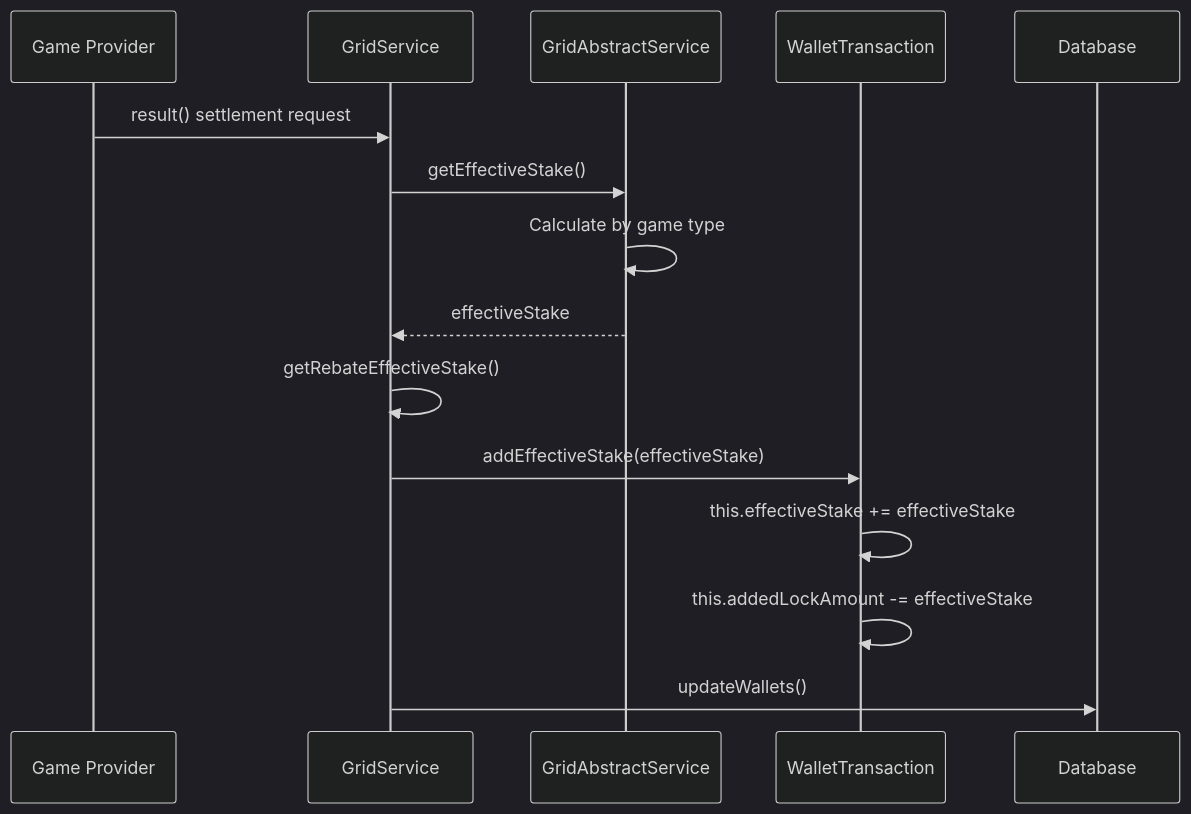
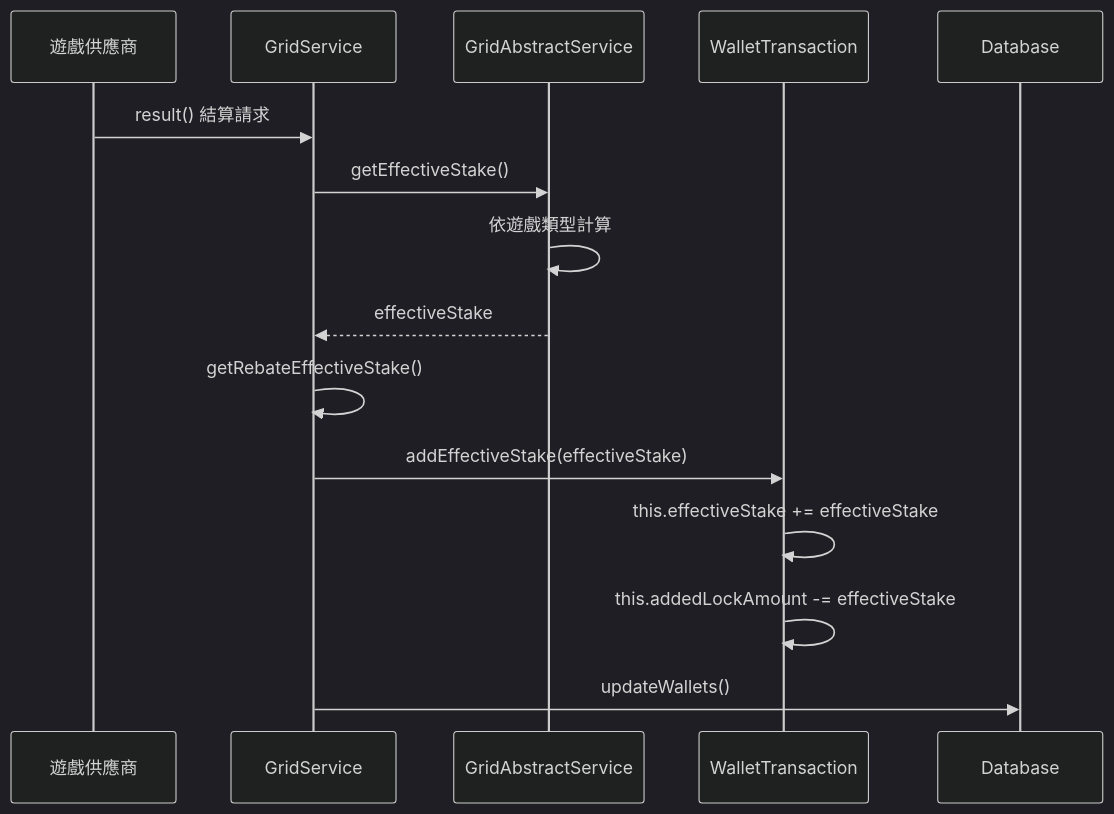
The second of 6 diagrams in docs/iGaming/architecture/02_Finance_Service/Turnover_Calculation_Logic_Detail.md (ron03wlb/smart-admin), drawn with Mermaid (dark theme) before and after one commit. The commit also changed other lines of this file and 4 other files, not shown here.

````diff
--- a/docs/iGaming/architecture/02_Finance_Service/Turnover_Calculation_Logic_Detail.md
+++ b/docs/iGaming/architecture/02_Finance_Service/Turnover_Calculation_Logic_Detail.md
@@ -86,18 +86,18 @@
 ```mermaid
 sequenceDiagram
-    participant GP as Game Provider
+    participant GP as 遊戲供應商
     participant GS as GridService
     participant GAS as GridAbstractService
     participant WT as WalletTransaction
     participant DB as Database
 
-    GP->>GS: result() settlement request
+    GP->>GS: result() 結算請求
     GS->>GAS: getEffectiveStake()
-    GAS->>GAS: Calculate by game type
+    GAS->>GAS: 依遊戲類型計算
     GAS-->>GS: effectiveStake
     GS->>GS: getRebateEffectiveStake()
     GS->>WT: addEffectiveStake(effectiveStake)
     WT->>WT: this.effectiveStake += effectiveStake
     WT->>WT: this.addedLockAmount -= effectiveStake
     GS->>DB: updateWallets()
 ```
````
